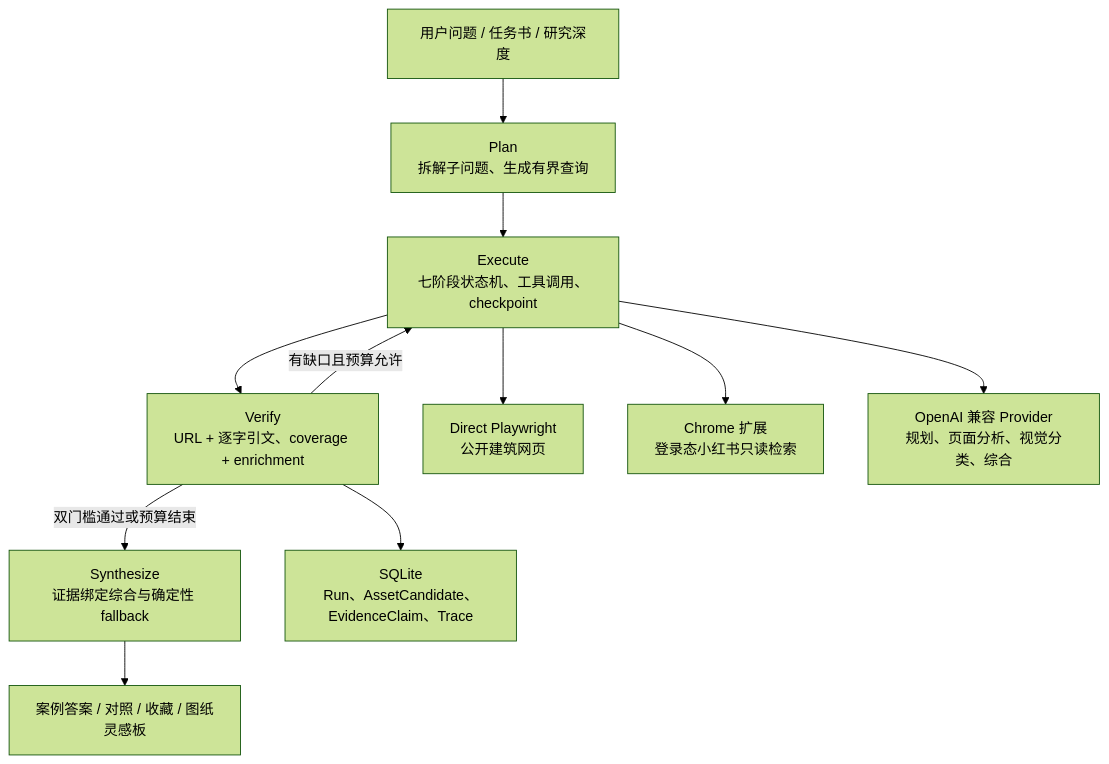
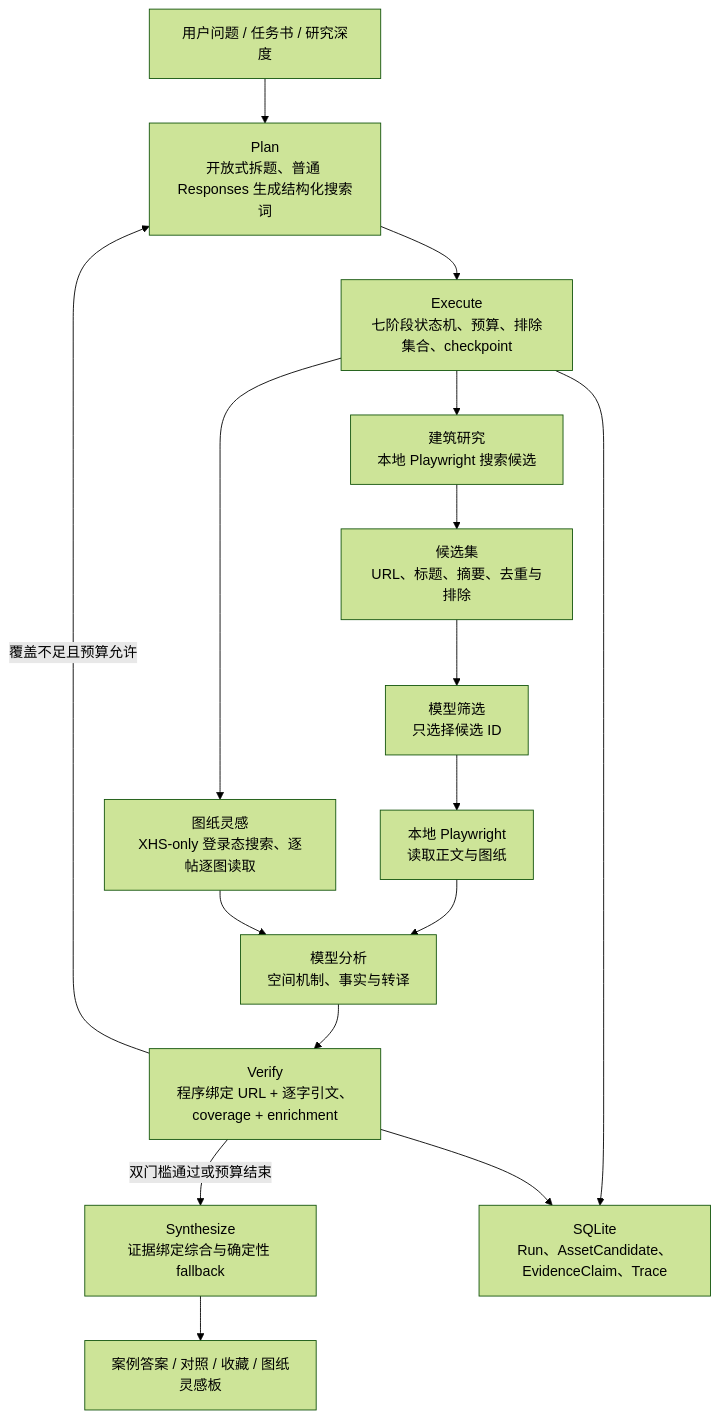
Before and after one commit to jileyu2000/archresearch: the diagram in README.md, drawn with Mermaid (forest theme). The commit also changed other lines of this file and 49 other files, not shown here.

````diff
--- a/README.md
+++ b/README.md
@@ -66,14 +66,20 @@
 ```mermaid
 flowchart TB
-    U["用户问题 / 任务书 / 研究深度"] --> P["Plan<br/>拆解子问题、生成有界查询"]
-    P --> E["Execute<br/>七阶段状态机、工具调用、checkpoint"]
-    E --> V["Verify<br/>URL + 逐字引文、coverage + enrichment"]
-    V -->|"有缺口且预算允许"| E
+    U["用户问题 / 任务书 / 研究深度"] --> P["Plan<br/>开放式拆题、普通 Responses 生成结构化搜索词"]
+    P --> E["Execute<br/>七阶段状态机、预算、排除集合、checkpoint"]
+
+    E --> W["建筑研究<br/>本地 Playwright 搜索候选"]
+    W --> C["候选集<br/>URL、标题、摘要、去重与排除"]
+    C --> CR["模型筛选<br/>只选择候选 ID"]
+    CR --> L["本地 Playwright<br/>读取正文与图纸"]
+
+    E --> X["图纸灵感<br/>XHS-only 登录态搜索、逐帖逐图读取"]
+    L --> A["模型分析<br/>空间机制、事实与转译"]
+    X --> A
+    A --> V["Verify<br/>程序绑定 URL + 逐字引文、coverage + enrichment"]
+    V -->|"覆盖不足且预算允许"| P
     V -->|"双门槛通过或预算结束"| S["Synthesize<br/>证据绑定综合与确定性 fallback"]
-    S --> R["案例答案 / 对照 / 收藏 / 图纸灵感板"]
-
-    E --> PW["Direct Playwright<br/>公开建筑网页"]
-    E --> X["Chrome 扩展<br/>登录态小红书只读检索"]
-    E --> M["OpenAI 兼容 Provider<br/>规划、页面分析、视觉分类、综合"]
-    V --> D["SQLite<br/>Run、AssetCandidate、EvidenceClaim、Trace"]
+    S --> O["案例答案 / 对照 / 收藏 / 图纸灵感板"]
+    E --> D["SQLite<br/>Run、AssetCandidate、EvidenceClaim、Trace"]
+    V --> D
 ```
````
